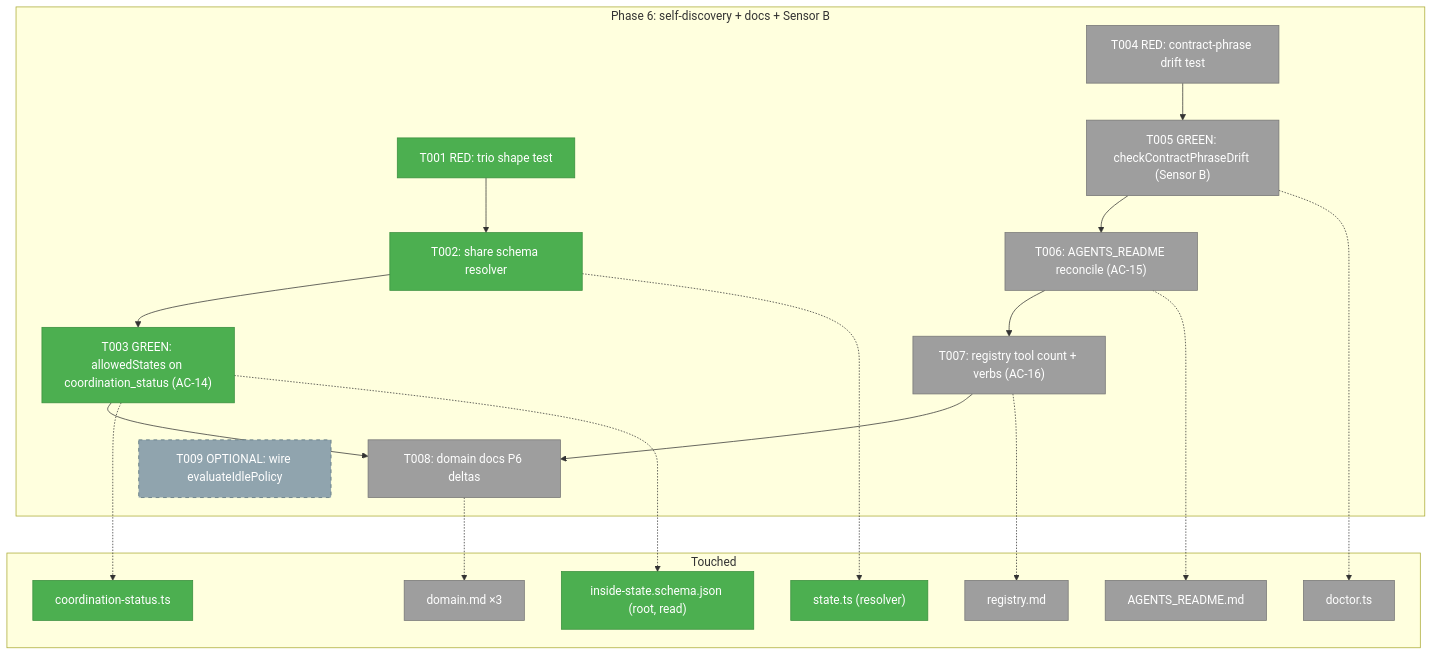
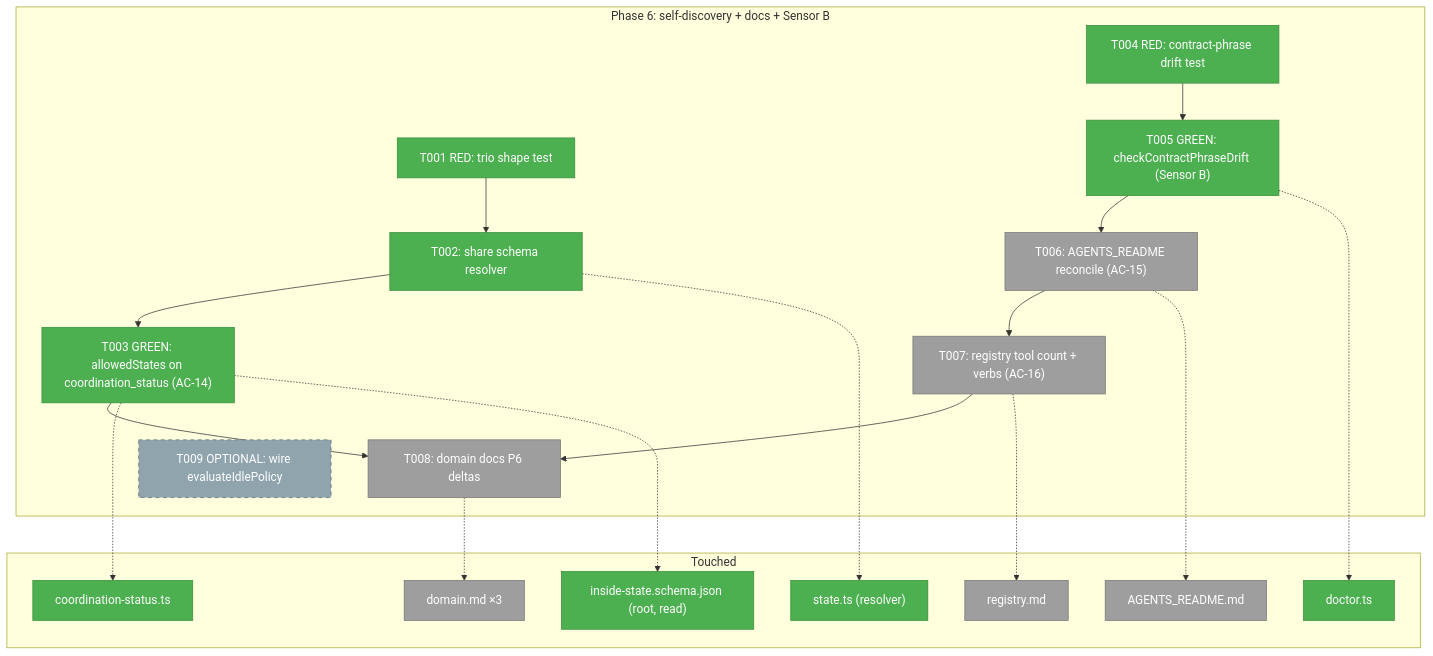
The first of 3 diagrams in docs/plans/027-companion-coordination/tasks/phase-6-runtime-self-discovery-docs-reconciliation/tasks.md (AI-Substrate/minih), drawn with Mermaid before and after one commit. The commit also changed other lines of this file and 4 other files, not shown here.

First line of the commit message:
feat(cli): Sensor B — contract-phrase-drift doctor check (AC-15)

````diff
--- a/docs/plans/027-companion-coordination/tasks/phase-6-runtime-self-discovery-docs-reconciliation/tasks.md
+++ b/docs/plans/027-companion-coordination/tasks/phase-6-runtime-self-discovery-docs-reconciliation/tasks.md
@@ -125,40 +125,40 @@
 ```mermaid
 flowchart TD
     classDef pending fill:#9E9E9E,stroke:#757575,color:#fff
     classDef completed fill:#4CAF50,stroke:#388E3C,color:#fff
     classDef optional fill:#90A4AE,stroke:#546E7A,color:#fff,stroke-dasharray: 5 5
 
     subgraph Phase["Phase 6: self-discovery + docs + Sensor B"]
         T001["T001 RED: trio shape test"]:::completed
         T002["T002: share schema resolver"]:::completed
         T003["T003 GREEN: allowedStates on coordination_status (AC-14)"]:::completed
-        T004["T004 RED: contract-phrase drift test"]:::pending
-        T005["T005 GREEN: checkContractPhraseDrift (Sensor B)"]:::pending
+        T004["T004 RED: contract-phrase drift test"]:::completed
+        T005["T005 GREEN: checkContractPhraseDrift (Sensor B)"]:::completed
         T006["T006: AGENTS_README reconcile (AC-15)"]:::pending
         T007["T007: registry tool count + verbs (AC-16)"]:::pending
         T008["T008: domain docs P6 deltas"]:::pending
         T009["T009 OPTIONAL: wire evaluateIdlePolicy"]:::optional
         T001 --> T002 --> T003
         T004 --> T005
         T003 --> T008
         T005 --> T006 --> T007 --> T008
     end
 
     subgraph Files["Touched"]
         F1["coordination-status.ts"]:::completed
         F2["state.ts (resolver)"]:::completed
-        F3["doctor.ts"]:::pending
+        F3["doctor.ts"]:::completed
         F4["AGENTS_README.md"]:::pending
         F5["registry.md"]:::pending
         F6["domain.md ×3"]:::pending
         F7["inside-state.schema.json (root, read)"]:::completed
     end
 
     T002 -.-> F2
     T003 -.-> F1
     T003 -.-> F7
     T005 -.-> F3
     T006 -.-> F4
     T007 -.-> F5
     T008 -.-> F6
 ```
````
